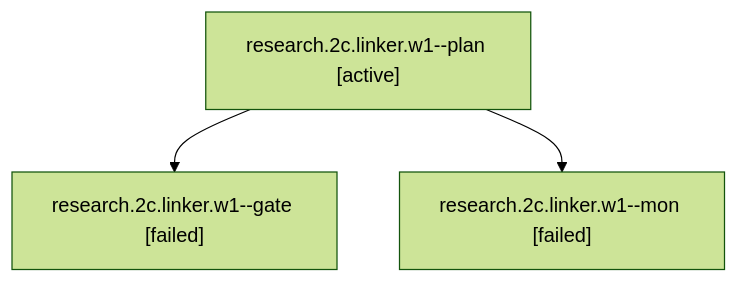
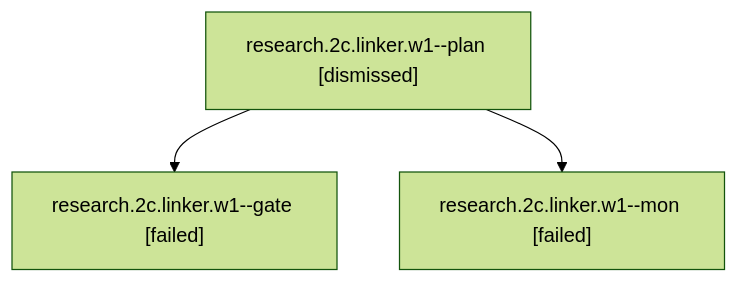
Before and after one commit to bobs-org/bob-cli--agents: the diagram in sessions/bbugyi200.apollo.research.2c.linker.w1.md, drawn with Mermaid (forest theme). The commit also changed other lines of this file and 992 other files, not shown here.

````diff
--- a/sessions/bbugyi200.apollo.research.2c.linker.w1.md
+++ b/sessions/bbugyi200.apollo.research.2c.linker.w1.md
@@ -9,8 +9,8 @@
 ```mermaid
 flowchart TD
-  n0["research.2c.linker.w1--plan [active]"]
+  n0["research.2c.linker.w1--plan [dismissed]"]
   n1["research.2c.linker.w1--gate [failed]"]
   n0 --> n1
   n2["research.2c.linker.w1--mon [failed]"]
   n0 --> n2
 ```
````
